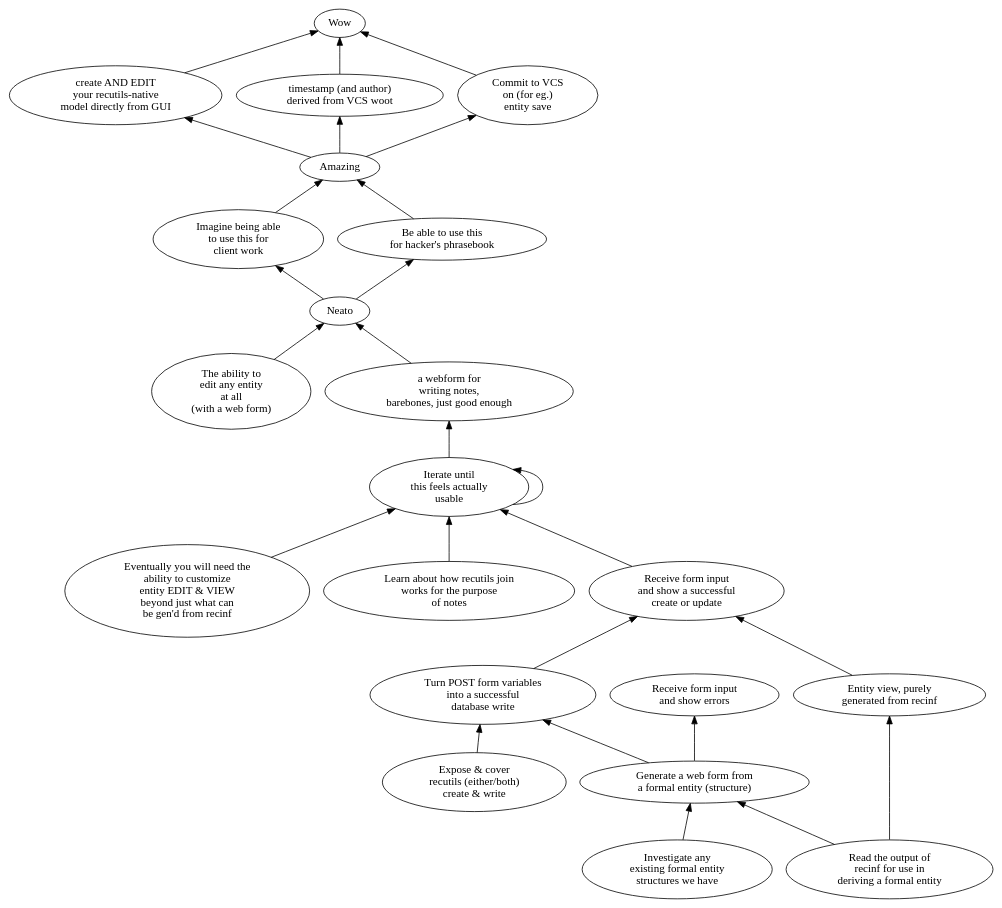
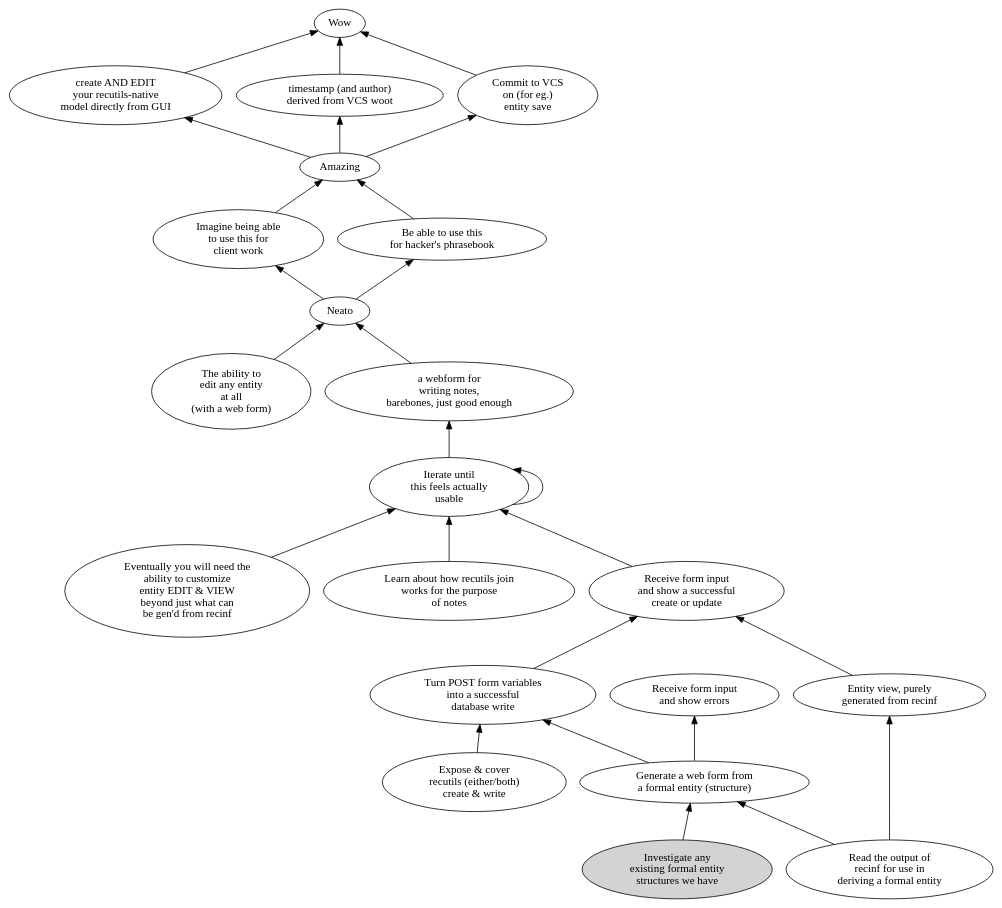
Before and after one commit to hipe/tmx: the diagram in kiss-rdb-doc/867.J.towards-a-recutils-dev-roadmap.dot, drawn with Graphviz. The commit also changed 4 other files, not shown here.

First line of the commit message:
feat (kiss:cap-server): Make formal schema via CLI lol (+0=595)

```diff
--- a/kiss-rdb-doc/867.J.towards-a-recutils-dev-roadmap.dot
+++ b/kiss-rdb-doc/867.J.towards-a-recutils-dev-roadmap.dot
@@ -1,55 +1,55 @@
 digraph g {
 rankdir=BT  /* Make the thing everything points to be at the top */
 DONE0200[label="Wow"]
 MODELLER->DONE0200
 VCS->DONE0200
 VCSWRITE->DONE0200
 DONE0100[label="Amazing"]
 CW->DONE0100
 HPB->DONE0100
 CW[label="Imagine being able\nto use this for\nclient work"]
 DONE0050->CW
 HPB[label="Be able to use this\nfor hacker's phrasebook"]
 DONE0050->HPB
 DONE0050[label="Neato"]
 EAEAA->DONE0050
 JOINNOTES->DONE0050
 ITERUSE[label="Iterate until\nthis feels actually\nusable"]
 CUSTOM->ITERUSE
 ITERUSE->ITERUSE
 JOIN->ITERUSE
 RFIOK->ITERUSE
 EAEAA[label="The ability to\nedit any entity\nat all\n(with a web form)"]
 CREATEOK[label="Turn POST form variables\ninto a successful\ndatabase write"]
 EXPOSEW->CREATEOK
 GWFFFE->CREATEOK
 EXPOSEW[label="Expose & cover\nrecutils (either/both)\ncreate & write"]
 GWFFFE[label="Generate a web form from\na formal entity (structure)"]
 EFORM->GWFFFE
 RRI->GWFFFE
 RFISE[label="Receive form input\nand show errors"]
 GWFFFE->RFISE
 RFIOK[label="Receive form input\nand show a successful\ncreate or update"]
 CREATEOK->RFIOK
 VIEW->RFIOK
 RRI[label="Read the output of\nrecinf for use in\nderiving a formal entity"]
 JOINNOTES[label="a webform for\nwriting notes,\nbarebones, just good enough"]
 ITERUSE->JOINNOTES
 JOIN[label="Learn about how recutils join\nworks for the purpose\nof notes"]
 VCS[label="timestamp (and author)\nderived from VCS woot"]
 DONE0100->VCS
 VCSWRITE[label="Commit to VCS\non (for eg.)\nentity save"]
 DONE0100->VCSWRITE
 CUSTOM[label="Eventually you will need the\nability to customize
 entity EDIT & VIEW\nbeyond just what can\nbe gen'd from recinf"]
 VIEW[label="Entity view, purely\ngenerated from recinf"]
 RRI->VIEW
 MODELLER[label="create AND EDIT\nyour recutils-native\nmodel directly from GUI"]
 DONE0100->MODELLER
-EFORM[label="Investigate any\nexisting formal entity\nstructures we have"]
+EFORM[label="Investigate any\nexisting formal entity\nstructures we have" style=filled]
 }
 
 /*
 #history-C.1 Create a rough draft of dependencies from initial nodes
 #born
 */
```
